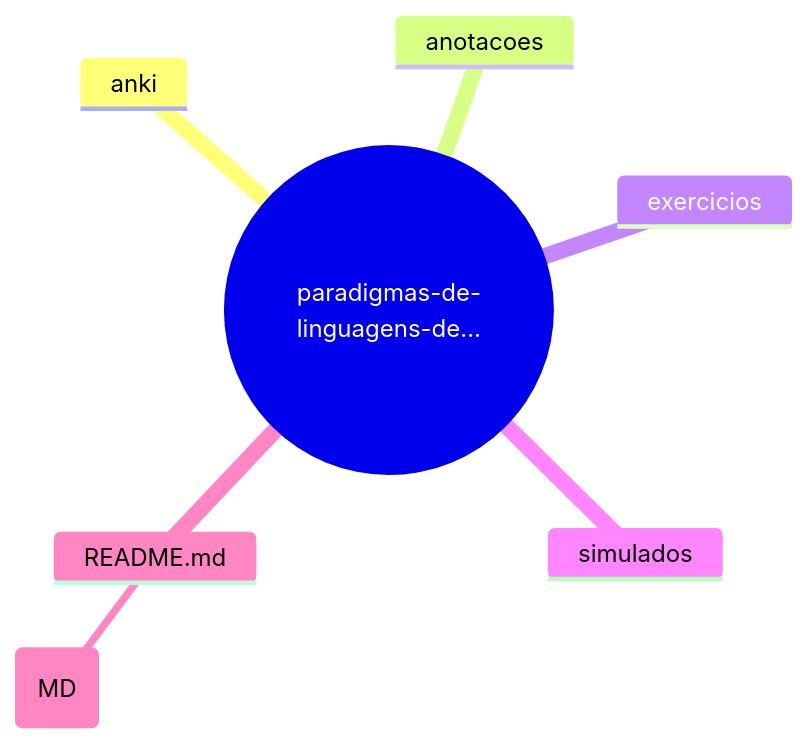
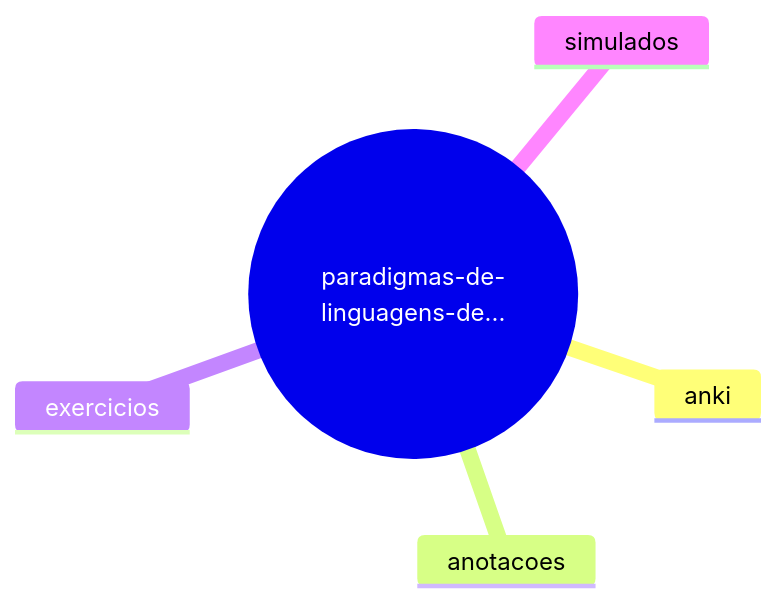
One commit to jean-nathan/jornada-eng-software changed the diagram in 2025-2-Semestre/paradigmas-de-linguagens-de-programacao-em-python/MAPA_MENTAL.md. Above: the diagram before and after it, drawn with Mermaid. The commit also changed other lines of this file and 6 other files, not shown here.

Commit message:
004 - Fix GitHub Mermaid mindmap rendering with flowchart syntax v3

````diff
--- a/2025-2-Semestre/paradigmas-de-linguagens-de-programacao-em-python/MAPA_MENTAL.md
+++ b/2025-2-Semestre/paradigmas-de-linguagens-de-programacao-em-python/MAPA_MENTAL.md
@@ -7,10 +7,8 @@
 ```mermaid
 mindmap
   root((paradigmas-de-linguagens-de...))
     anki
     anotacoes
     exercicios
     simulados
-    README.md
-      (MD)
 ```
````
